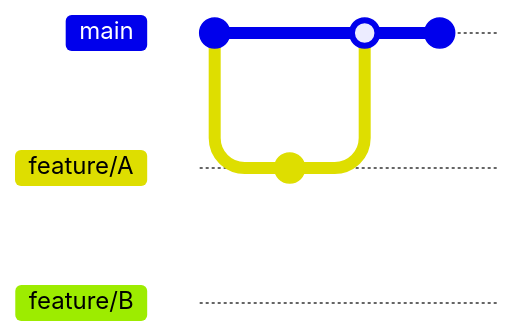
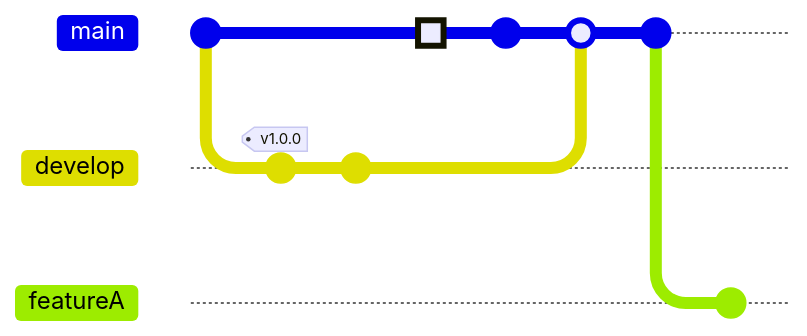
The first of 2 diagrams in mermaid04.md (petitess/markdown), drawn with Mermaid before and after one commit. Commit ids are hidden.

````diff
--- a/mermaid04.md
+++ b/mermaid04.md
@@ -1,11 +1,14 @@
 ```mermaid
 gitGraph
        commit
-       branch feature/A
-       checkout feature/A
+       branch develop
+       commit tag:"v1.0.0"
        commit
        checkout main
-       merge feature/A
+       commit type: HIGHLIGHT
        commit
-       branch feature/B
+       merge develop
+       commit
+       branch featureA
+       commit
 ```
````
